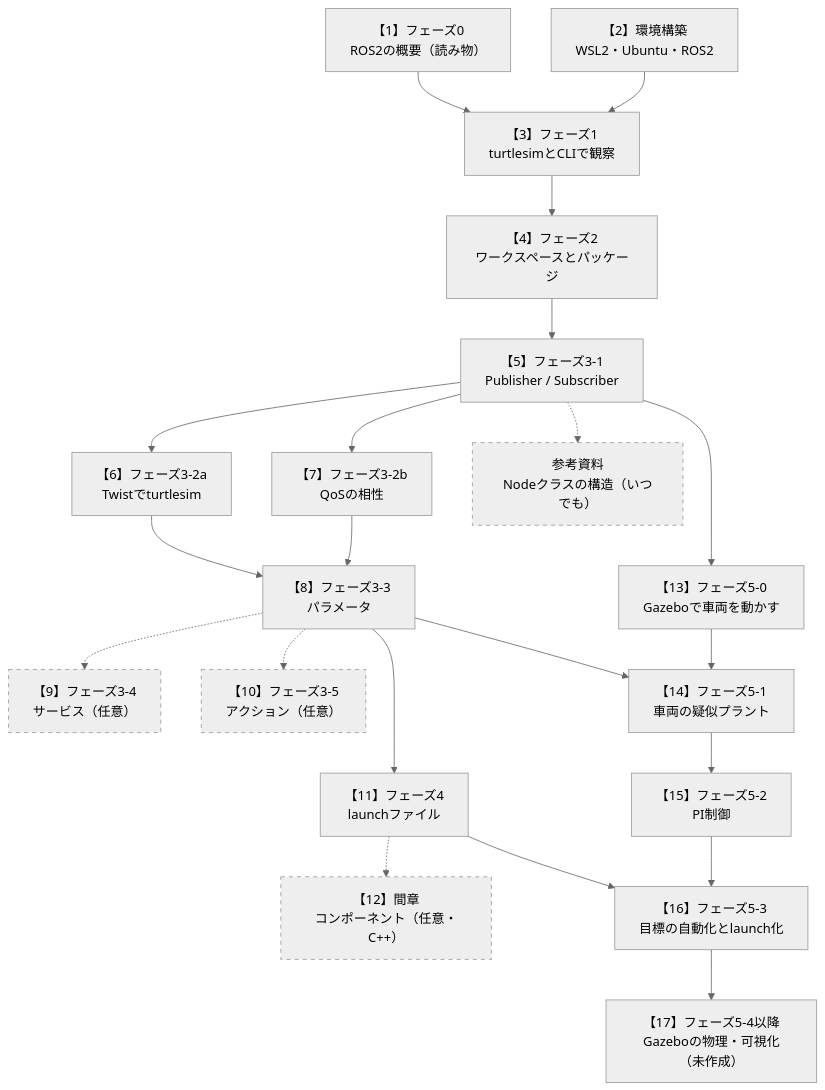
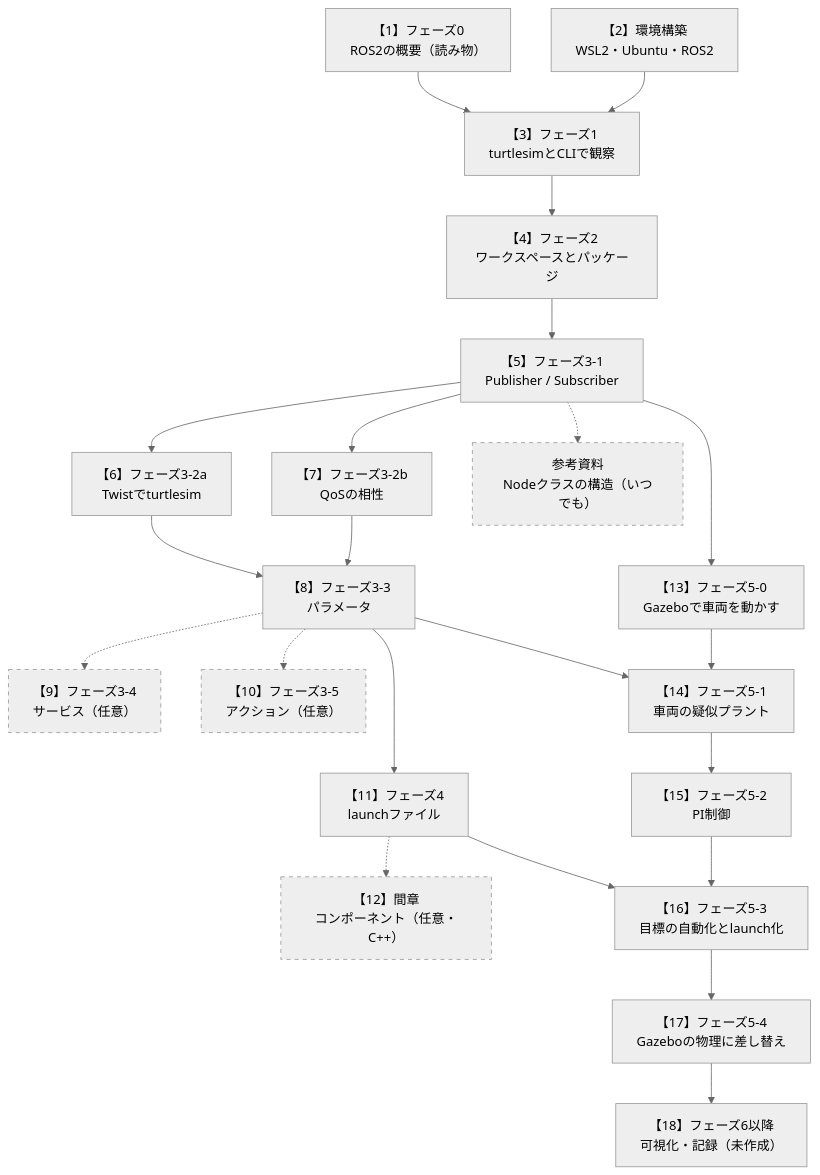
One commit to SanghunIm1991/ros2MinimalPhysicalAi changed the diagram in README.md. Above: the diagram before and after it, drawn with Mermaid (neutral theme). The commit also changed other lines of this file and 5 other files, not shown here.

Commit message:
[claude] フェーズ5-4の手順書（プラントをGazeboの物理に差し替え、同じゲインで比べる）と図を追加し、README・学習計画・5-3の案内を更新

````diff
--- a/README.md
+++ b/README.md
@@ -89,26 +89,27 @@
 ```mermaid
 flowchart TB
     P0["【1】フェーズ0<br/>ROS2の概要（読み物）"] --> P1
     SETUP["【2】環境構築<br/>WSL2・Ubuntu・ROS2"] --> P1
     P1["【3】フェーズ1<br/>turtlesimとCLIで観察"] --> P2["【4】フェーズ2<br/>ワークスペースとパッケージ"]
     P2 --> P31["【5】フェーズ3-1<br/>Publisher / Subscriber"]
     P31 --> P32a["【6】フェーズ3-2a<br/>Twistでturtlesim"]
     P31 --> P32b["【7】フェーズ3-2b<br/>QoSの相性"]
     P32a --> P33["【8】フェーズ3-3<br/>パラメータ"]
     P32b --> P33
     P33 -.-> P34["【9】フェーズ3-4<br/>サービス（任意）"]
     P33 -.-> P35["【10】フェーズ3-5<br/>アクション（任意）"]
     P33 --> P4["【11】フェーズ4<br/>launchファイル"]
     P4 -.-> INT["【12】間章<br/>コンポーネント（任意・C++）"]
     P31 --> P50["【13】フェーズ5-0<br/>Gazeboで車両を動かす"]
     P33 --> P51["【14】フェーズ5-1<br/>車両の疑似プラント"]
     P50 --> P51
     P51 --> P52["【15】フェーズ5-2<br/>PI制御"]
     P4 --> P53["【16】フェーズ5-3<br/>目標の自動化とlaunch化"]
     P52 --> P53
-    P53 --> P54["【17】フェーズ5-4以降<br/>Gazeboの物理・可視化（未作成）"]
+    P53 --> P54["【17】フェーズ5-4<br/>Gazeboの物理に差し替え"]
+    P54 --> P6["【18】フェーズ6以降<br/>可視化・記録（未作成）"]
     P31 -.-> REF["参考資料<br/>Nodeクラスの構造（いつでも）"]
 
     classDef optional stroke-dasharray: 5 5
     class P34,P35,INT,REF optional
 ```
````
